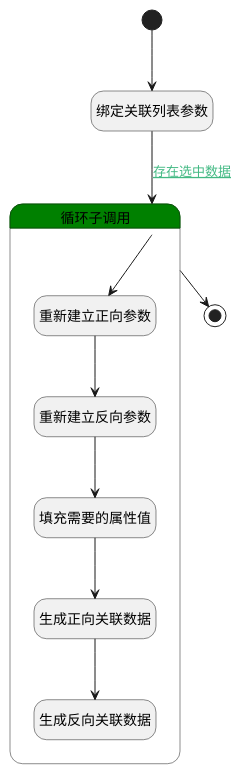
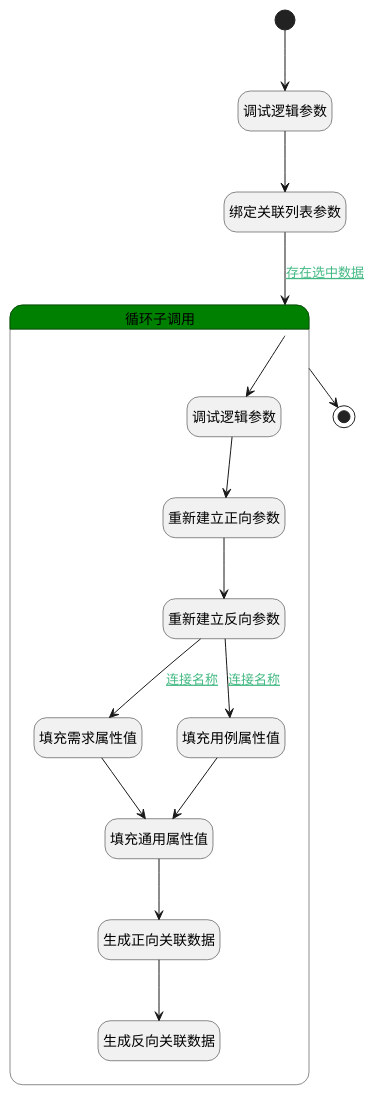
The diagram in doc/docsify/module/TestMgmt/review/logic/add_review_content.md (iBizLab/plm), drawn with PlantUML before and after one commit. The commit also changed other lines of this file and 799 other files, not shown here.

````diff
--- a/doc/docsify/module/TestMgmt/review/logic/add_review_content.md
+++ b/doc/docsify/module/TestMgmt/review/logic/add_review_content.md
@@ -7,34 +7,43 @@
 ```plantuml
 @startuml
 hide empty description
 <style>
 root {
   HyperlinkColor #42b983
 }
 </style>
 
 hide empty description
 state "开始" as Begin <<start>> [[$./add_review_content#begin {"开始"}]]
+state "调试逻辑参数" as DEBUGPARAM2  [[$./add_review_content#debugparam2 {"调试逻辑参数"}]]
 state "绑定关联列表参数" as BINDPARAM1  [[$./add_review_content#bindparam1 {"绑定关联列表参数"}]]
 state "结束" as END1 <<end>> [[$./add_review_content#end1 {"结束"}]]
 state "循环子调用" as LOOPSUBCALL1  [[$./add_review_content#loopsubcall1 {"循环子调用"}]] #green {
+state "调试逻辑参数" as DEBUGPARAM1  [[$./add_review_content#debugparam1 {"调试逻辑参数"}]]
 state "重新建立正向参数" as RENEWPARAM1  [[$./add_review_content#renewparam1 {"重新建立正向参数"}]]
 state "重新建立反向参数" as RENEWPARAM2  [[$./add_review_content#renewparam2 {"重新建立反向参数"}]]
-state "填充需要的属性值" as PREPAREPARAM1  [[$./add_review_content#prepareparam1 {"填充需要的属性值"}]]
+state "填充需求属性值" as PREPAREPARAM2  [[$./add_review_content#prepareparam2 {"填充需求属性值"}]]
+state "填充用例属性值" as PREPAREPARAM3  [[$./add_review_content#prepareparam3 {"填充用例属性值"}]]
+state "填充通用属性值" as PREPAREPARAM1  [[$./add_review_content#prepareparam1 {"填充通用属性值"}]]
 state "生成正向关联数据" as DEACTION1  [[$./add_review_content#deaction1 {"生成正向关联数据"}]]
 state "生成反向关联数据" as DEACTION2  [[$./add_review_content#deaction2 {"生成反向关联数据"}]]
 }
 
 
-Begin --> BINDPARAM1
+Begin --> DEBUGPARAM2
+DEBUGPARAM2 --> BINDPARAM1
 BINDPARAM1 --> LOOPSUBCALL1 : [[$./add_review_content#bindparam1-loopsubcall1{存在选中数据} 存在选中数据]]
-LOOPSUBCALL1 --> RENEWPARAM1
+LOOPSUBCALL1 --> DEBUGPARAM1
+DEBUGPARAM1 --> RENEWPARAM1
 RENEWPARAM1 --> RENEWPARAM2
-RENEWPARAM2 --> PREPAREPARAM1
+RENEWPARAM2 --> PREPAREPARAM2 : [[$./add_review_content#renewparam2-prepareparam2{连接名称} 连接名称]]
+PREPAREPARAM2 --> PREPAREPARAM1
 PREPAREPARAM1 --> DEACTION1
 DEACTION1 --> DEACTION2
+RENEWPARAM2 --> PREPAREPARAM3 : [[$./add_review_content#renewparam2-prepareparam3{连接名称} 连接名称]]
+PREPAREPARAM3 --> PREPAREPARAM1
 LOOPSUBCALL1 --> END1
 
 
 @enduml
 ```
````
